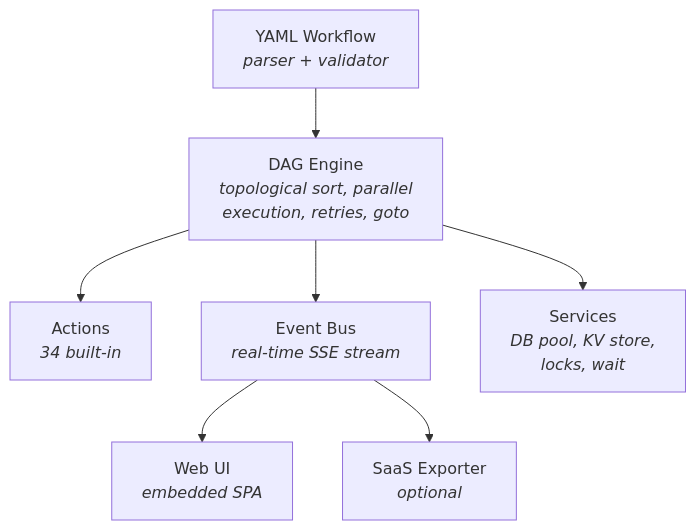
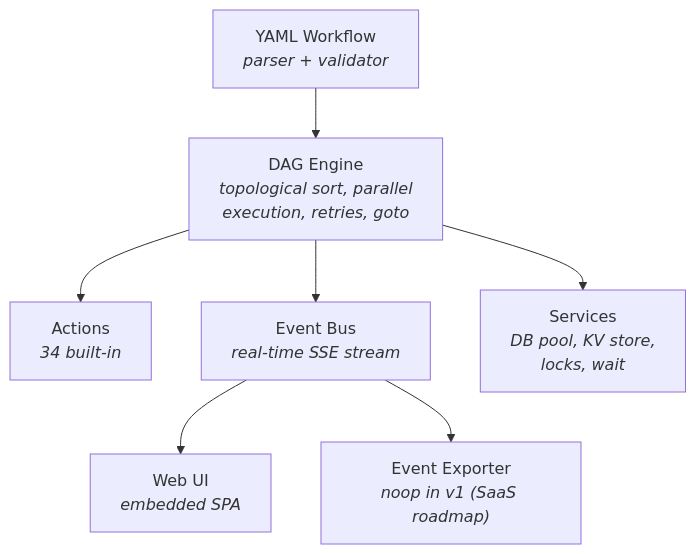
Before and after one commit to tailflowio/tailflow-agent: the diagram in README.md, drawn with Mermaid. The commit also changed other lines of this file and 2 other files, not shown here.

First line of the commit message:
docs: resync UI and SaaS docs to actual state

````diff
--- a/README.md
+++ b/README.md
@@ -478,9 +488,9 @@
 ```mermaid
 graph TD
     WF["YAML Workflow<br/><i>parser + validator</i>"] --> DAG["DAG Engine<br/><i>topological sort, parallel<br/>execution, retries, goto</i>"]
     DAG --> ACT["Actions<br/><i>34 built-in</i>"]
     DAG --> EVT["Event Bus<br/><i>real-time SSE stream</i>"]
     DAG --> SVC["Services<br/><i>DB pool, KV store,<br/>locks, wait</i>"]
     EVT --> UI["Web UI<br/><i>embedded SPA</i>"]
-    EVT --> EXP["SaaS Exporter<br/><i>optional</i>"]
+    EVT --> EXP["Event Exporter<br/><i>noop in v1 (SaaS roadmap)</i>"]
 ```
````
